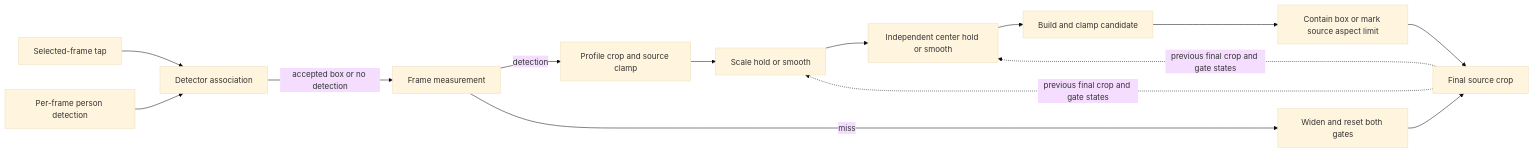
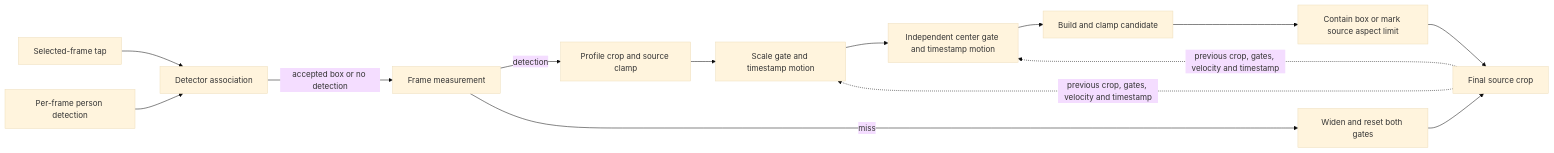
The diagram in docs/specs/worker/measurements-and-planner.md (o0O96O0o/boulder-frame), drawn with Mermaid (base theme) before and after one commit. The commit also changed other lines of this file and 22 other files, not shown here.

Commit message:
feat: smooth crop transitions

````diff
--- a/docs/specs/worker/measurements-and-planner.md
+++ b/docs/specs/worker/measurements-and-planner.md
@@ -96,16 +124,16 @@
 ```mermaid
 flowchart LR
   S[Selected-frame tap] --> A[Detector association]
   D[Per-frame person detection] --> A
   A -->|accepted box or no detection| F[Frame measurement]
   F -->|detection| P[Profile crop and source clamp]
-  P --> S1[Scale hold or smooth]
-  S1 --> S2[Independent center hold or smooth]
+  P --> S1[Scale gate and timestamp motion]
+  S1 --> S2[Independent center gate and timestamp motion]
   S2 --> B[Build and clamp candidate]
   B --> C[Contain box or mark source aspect limit]
   C --> R[Final source crop]
   F -->|miss| W[Widen and reset both gates]
   W --> R
-  R -.->|previous final crop and gate states| S1
-  R -.->|previous final crop and gate states| S2
+  R -.->|previous crop, gates, velocity and timestamp| S1
+  R -.->|previous crop, gates, velocity and timestamp| S2
 ```
````
